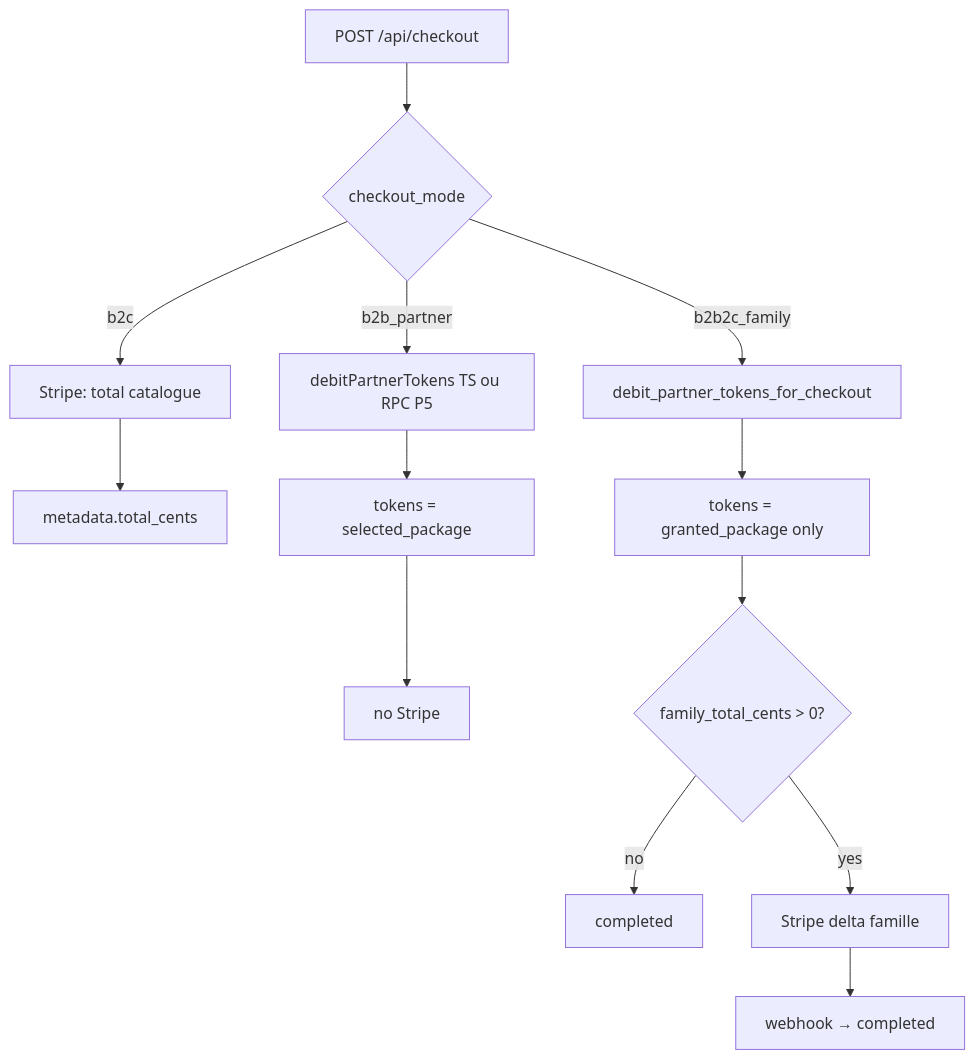
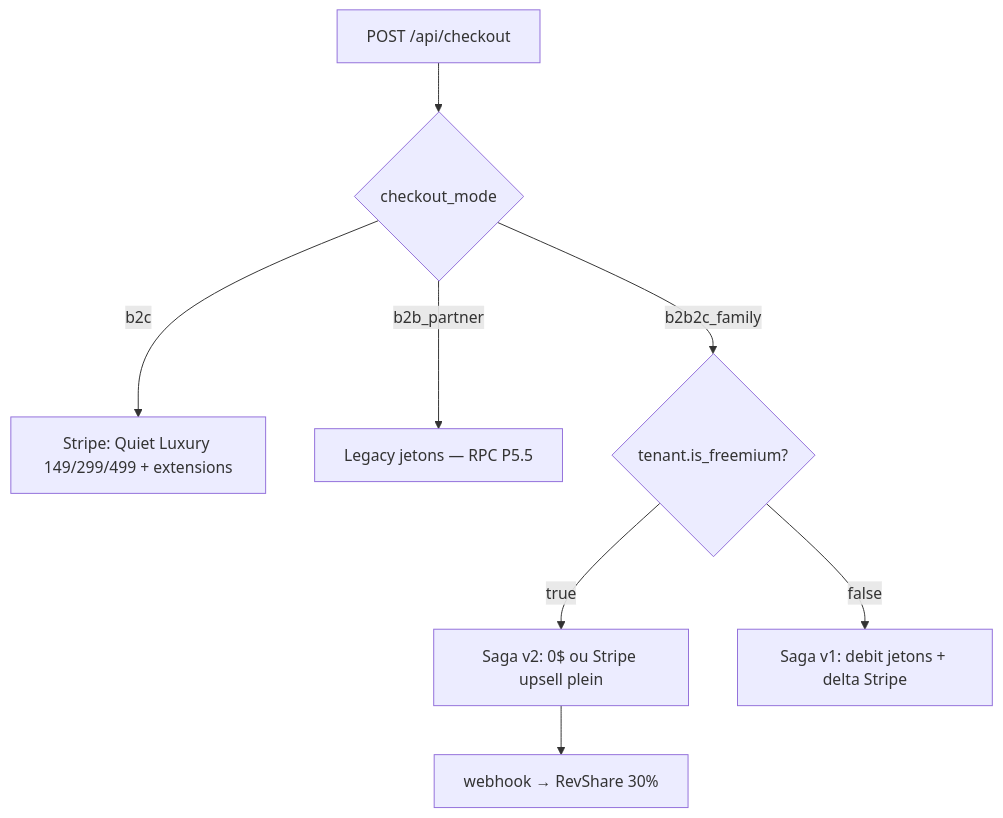
The second of 2 diagrams in docs/WIZARD_ARCHITECTURE.md (Lyra-OD/odyssey-web), drawn with Mermaid before and after one commit. The commit also changed other lines of this file and 12 other files, not shown here.

First line of the commit message:
docs(b2b2c): align repo on v2 freemium, RevShare, and Scanner specs.

````diff
--- a/docs/WIZARD_ARCHITECTURE.md
+++ b/docs/WIZARD_ARCHITECTURE.md
@@ -312,15 +328,10 @@
 ```mermaid
 flowchart TD
   A[POST /api/checkout] --> B{checkout_mode}
-  B -->|b2c| C[Stripe: total catalogue]
-  C --> C1[metadata.total_cents]
-  B -->|b2b_partner| D[debitPartnerTokens TS ou RPC P5]
-  D --> D1[tokens = selected_package]
-  D1 --> D2[no Stripe]
-  B -->|b2b2c_family| E[debit_partner_tokens_for_checkout]
-  E --> E1[tokens = granted_package only]
-  E1 --> F{family_total_cents > 0?}
-  F -->|no| G[completed]
-  F -->|yes| H[Stripe delta famille]
-  H --> I[webhook → completed]
+  B -->|b2c| C[Stripe: Quiet Luxury 149/299/499 + extensions]
+  B -->|b2b_partner| D[Legacy jetons — RPC P5.5]
+  B -->|b2b2c_family| E{tenant.is_freemium?}
+  E -->|true| F[Saga v2: 0$ ou Stripe upsell plein]
+  F --> F1[webhook → RevShare 30%]
+  E -->|false| G[Saga v1: debit jetons + delta Stripe]
 ```
````
